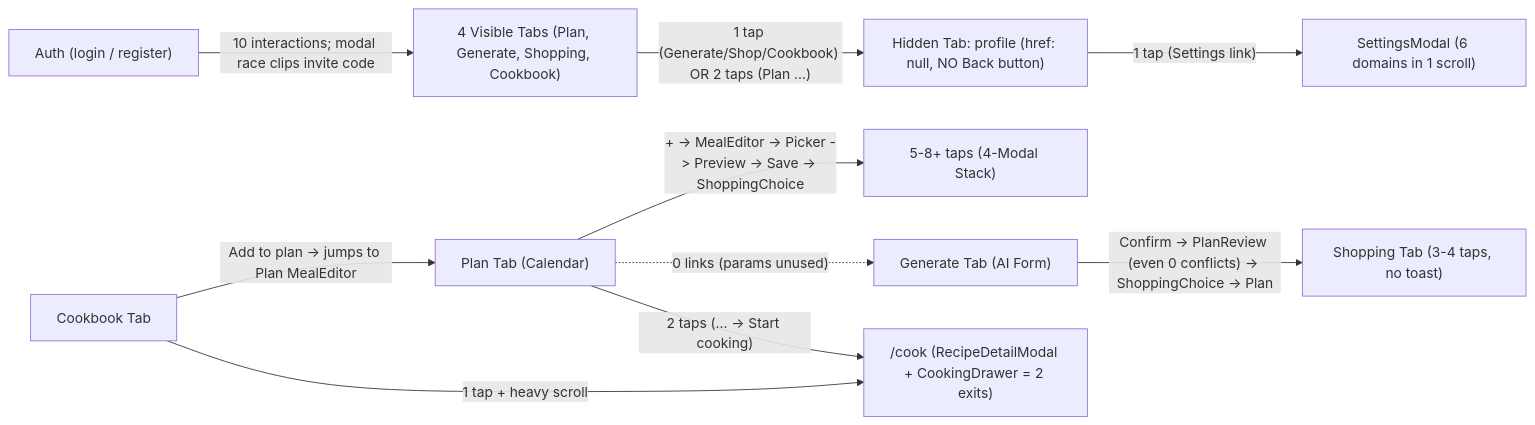
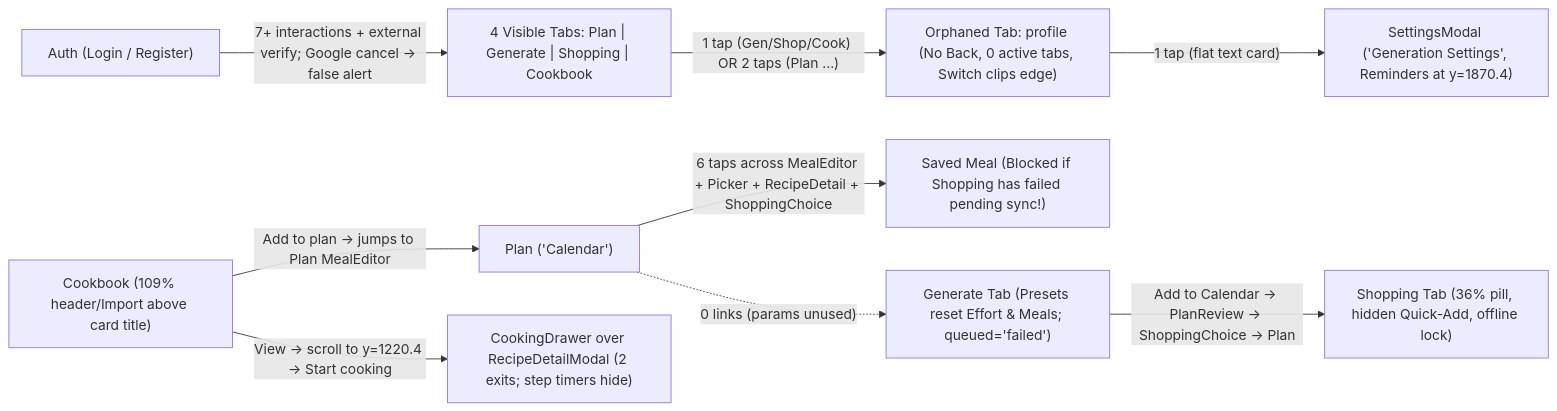
Before and after one commit to DarcyCorbett/Harvest: the diagram in docs/uiux_flow_audit_report.md, drawn with Mermaid. The commit also changed other lines of this file, not shown here.

Commit message:
docs(audit): update UI/UX flow audit report with Outfit/Ionicons front-end verification

````diff
--- a/docs/uiux_flow_audit_report.md
+++ b/docs/uiux_flow_audit_report.md
@@ -26,12 +45,11 @@
 ```mermaid
 flowchart LR
-    Auth["Auth (login / register)"] -->|"10 interactions; modal race clips invite code"| Tabs["4 Visible Tabs (Plan, Generate, Shopping, Cookbook)"]
-    Tabs -->|"1 tap (Generate/Shop/Cookbook) OR 2 taps (Plan ...)"| Profile["Hidden Tab: profile (href: null, NO Back button)"]
-    Profile -->|"1 tap (Settings link)"| Settings["SettingsModal (6 domains in 1 scroll)"]
-    Plan["Plan Tab (Calendar)"] -->|"+ -> MealEditor -> Picker -> Preview -> Save -> ShoppingChoice"| MealSave["5-8+ taps (4-Modal Stack)"]
-    Plan -.->|"0 links (params unused)"| Generate["Generate Tab (AI Form)"]
-    Generate -->|"Confirm -> PlanReview (even 0 conflicts) -> ShoppingChoice -> Plan"| Shopping["Shopping Tab (3-4 taps, no toast)"]
-    Cookbook["Cookbook Tab"] -->|"Add to plan -> jumps to Plan MealEditor"| Plan
-    Plan -->|"2 taps (... -> Start cooking)"| Cook["/cook (RecipeDetailModal + CookingDrawer = 2 exits)"]
-    Cookbook -->|"1 tap + heavy scroll"| Cook
+    Auth["Auth (Login / Register)"] -->|"7+ interactions + external verify; Google cancel -> false alert"| Tabs["4 Visible Tabs: Plan | Generate | Shopping | Cookbook"]
+    Tabs -->|"1 tap (Gen/Shop/Cook) OR 2 taps (Plan ...)"| Profile["Orphaned Tab: profile (No Back, 0 active tabs, Switch clips edge)"]
+    Profile -->|"1 tap (flat text card)"| Settings["SettingsModal ('Generation Settings', Reminders at y=1870.4)"]
+    Plan["Plan ('Calendar')"] -->|"6 taps across MealEditor + Picker + RecipeDetail + ShoppingChoice"| MealSave["Saved Meal (Blocked if Shopping has failed pending sync!)"]
+    Plan -.->|"0 links (params unused)"| Generate["Generate Tab (Presets reset Effort & Meals; queued='failed')"]
+    Generate -->|"Add to Calendar -> PlanReview -> ShoppingChoice -> Plan"| Shopping["Shopping Tab (36% pill, hidden Quick-Add, offline lock)"]
+    Cookbook["Cookbook (109% header/Import above card title)"] -->|"Add to plan -> jumps to Plan MealEditor"| Plan
+    Cookbook -->|"View -> scroll to y=1220.4 -> Start cooking"| Cook["CookingDrawer over RecipeDetailModal (2 exits; step timers hide)"]
 ```
````
